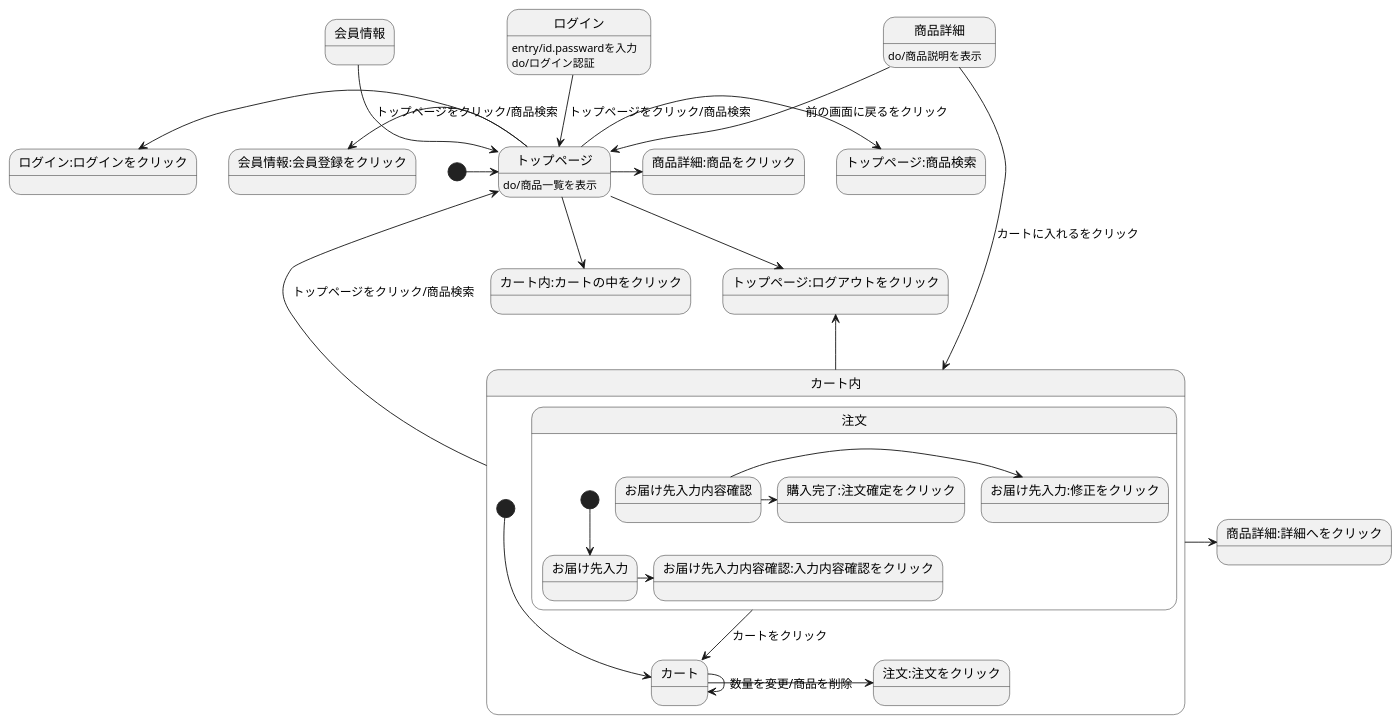
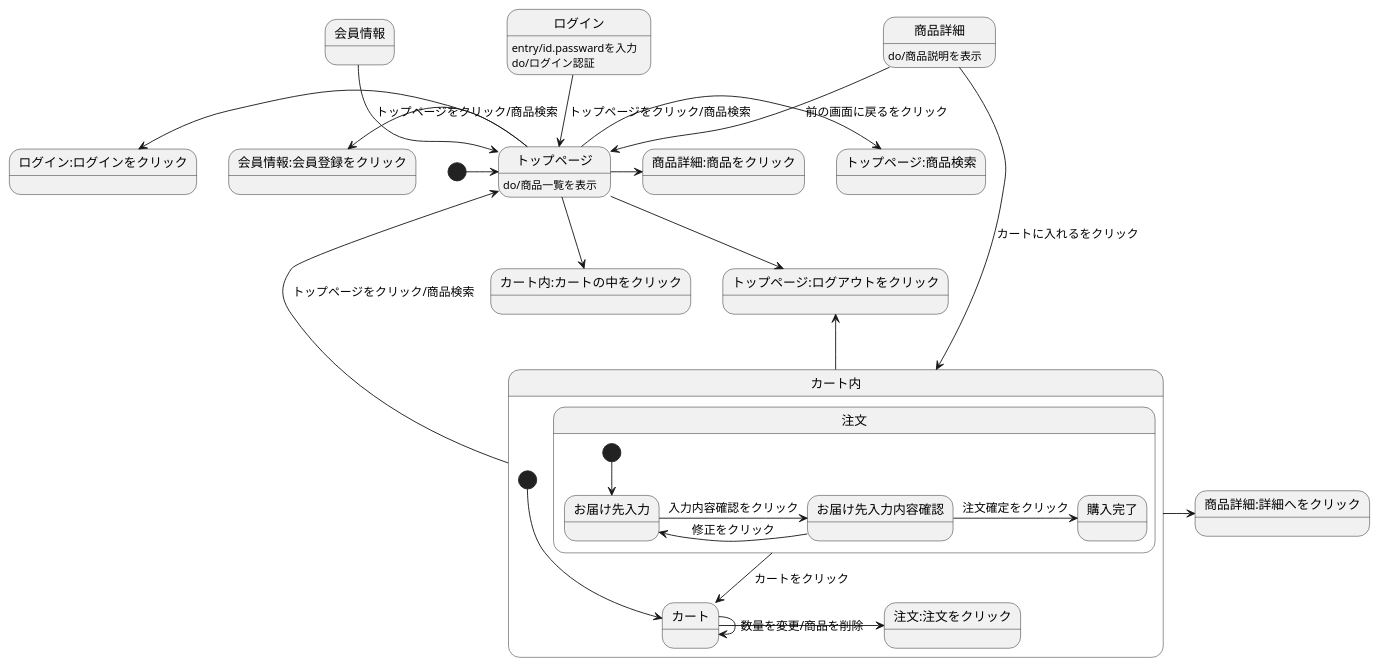
The diagram in toppage.md (Aso2001376/2021sys-design), drawn with PlantUML before and after one commit.

````diff
--- a/toppage.md
+++ b/toppage.md
@@ -1,35 +1,35 @@
 ```uml
 @startuml
 [*] -> トップページ
 会員情報 --> トップページ:トップページをクリック/商品検索
 ログイン --> トップページ:トップページをクリック/商品検索
 ログイン:entry/id.passwardを入力
 ログイン:do/ログイン認証
 トップページ --> トップページ:ログアウトをクリック
 トップページ -> トップページ:商品検索
 トップページ -> 商品詳細:商品をクリック
 トップページ -left-> 会員情報:会員登録をクリック
 トップページ -left-> ログイン:ログインをクリック
 トップページ --> カート内:カートの中をクリック
 トップページ :do/商品一覧を表示
-商品詳細 -->カート内: カートに入れるをクリック
-商品詳細 -->トップページ: 前の画面に戻るをクリック
+商品詳細 --> カート内 :カートに入れるをクリック
+商品詳細 --> トップページ : 前の画面に戻るをクリック
 商品詳細:do/商品説明を表示
 カート内-up->トップページ:トップページをクリック/商品検索
 カート内-up->トップページ:ログアウトをクリック
 カート内 -> 商品詳細:詳細へをクリック
 
 state カート内{
 [*]--> カート
 カート-> 注文:注文をクリック
 カート->カート: 数量を変更/商品を削除
 注文 --> カート: カートをクリック
 state 注文{
 [*] --> お届け先入力
-お届け先入力 -> お届け先入力内容確認:入力内容確認をクリック
-お届け先入力内容確認 -> お届け先入力:修正をクリック
-お届け先入力内容確認 -> 購入完了:注文確定をクリック
+お届け先入力 -> お届け先入力内容確認: 入力内容確認をクリック
+お届け先入力内容確認 -> お届け先入力: 修正をクリック
+お届け先入力内容確認 -> 購入完了: 注文確定をクリック
   }
  }
 @enduml
 ```
````
